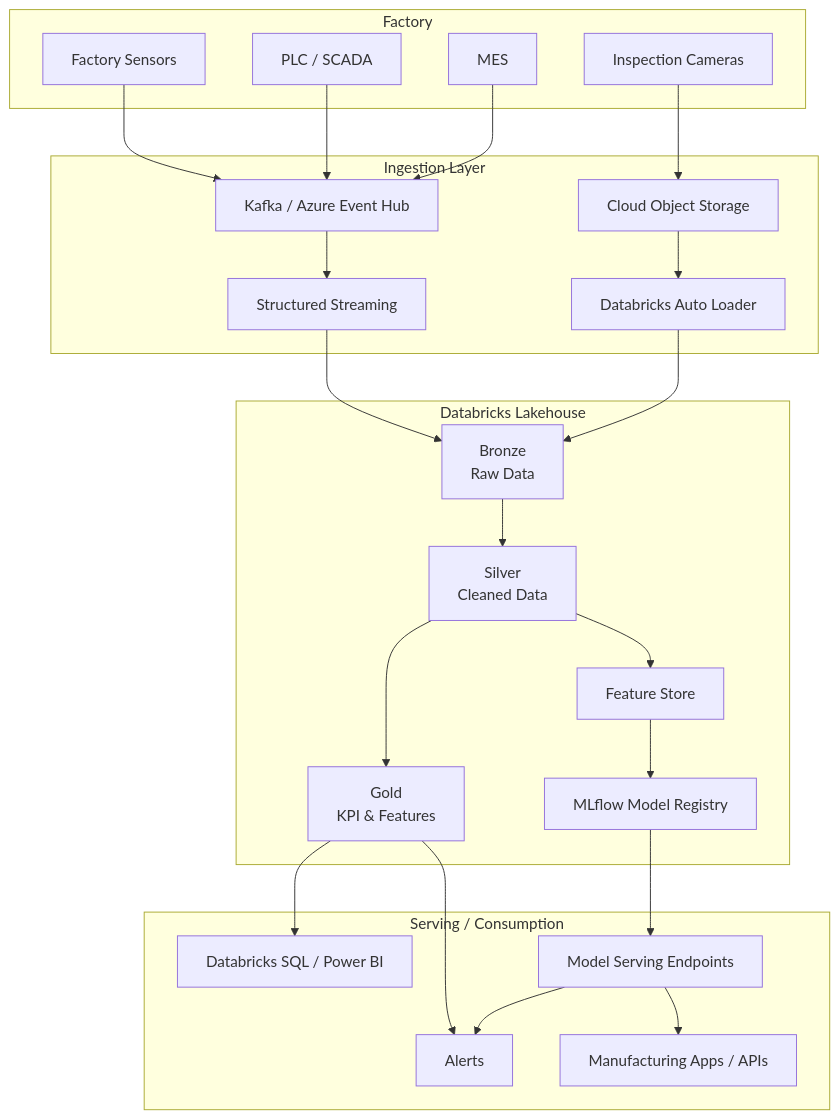
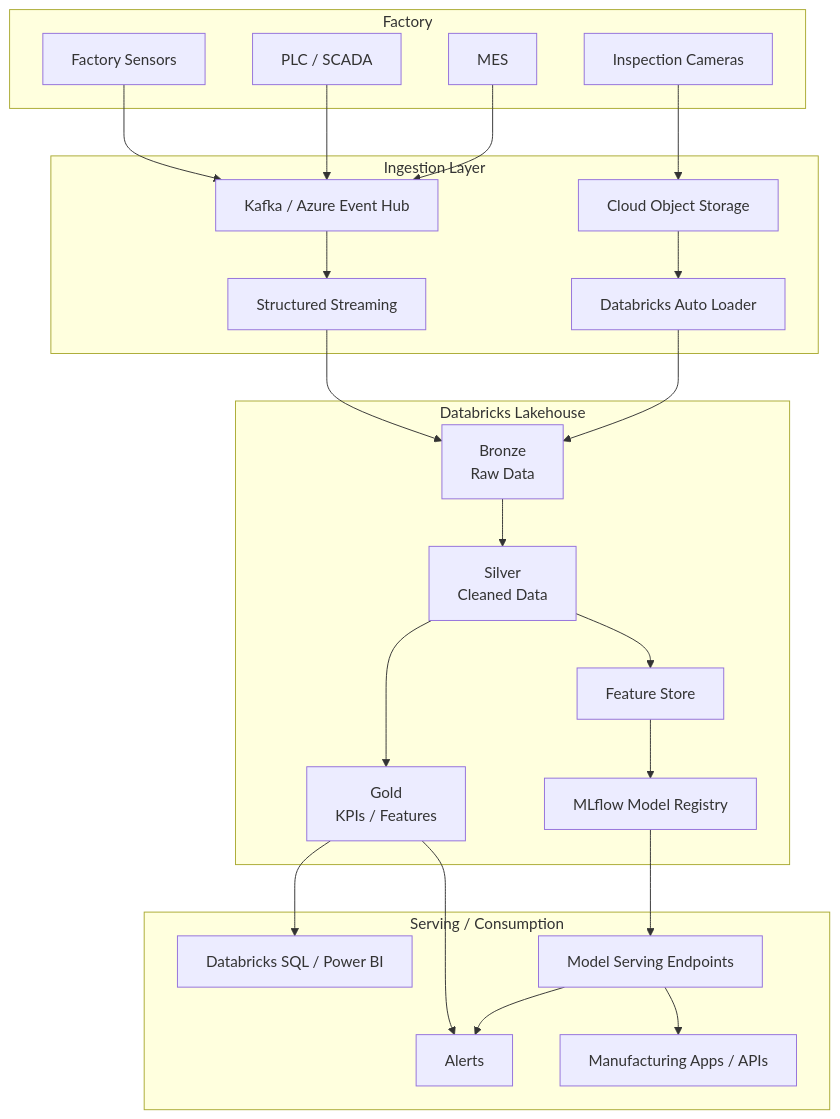
The diagram in README.md (SOLVERIGHT/smart-manufacturing), drawn with Mermaid before and after one commit.

````diff
--- a/README.md
+++ b/README.md
@@ -3,59 +3,59 @@
 ```mermaid
 flowchart TB
 
     %% External factory systems
     subgraph Factory["Factory"]
         Sensors["Factory Sensors"]
         PLC["PLC / SCADA"]
         MES["MES"]
         Cameras["Inspection Cameras"]
     end
 
     %% Ingestion layer
     subgraph Ingestion["Ingestion Layer"]
         Kafka["Kafka / Azure Event Hub"]
         ObjectStorage["Cloud Object Storage"]
         AutoLoader["Databricks Auto Loader"]
         Streaming["Structured Streaming"]
     end
 
     %% Lakehouse layer
     subgraph Lakehouse["Databricks Lakehouse"]
         Bronze["Bronze<br/>Raw Data"]
         Silver["Silver<br/>Cleaned Data"]
-        Gold["Gold<br/>KPI & Features"]
+        Gold["Gold<br/>KPIs / Features"]
         FeatureStore["Feature Store"]
         MLflow["MLflow Model Registry"]
     end
 
     %% Serving layer
     subgraph Serving["Serving / Consumption"]
         Dashboards["Databricks SQL / Power BI"]
         Alerts["Alerts"]
         ModelServing["Model Serving Endpoints"]
         Apps["Manufacturing Apps / APIs"]
     end
 
     Sensors --> Kafka
     PLC --> Kafka
     MES --> Kafka
     Cameras --> ObjectStorage
 
     Kafka --> Streaming
     ObjectStorage --> AutoLoader
 
     Streaming --> Bronze
     AutoLoader --> Bronze
 
     Bronze --> Silver
     Silver --> Gold
     Silver --> FeatureStore
 
     FeatureStore --> MLflow
     MLflow --> ModelServing
 
     Gold --> Dashboards
     Gold --> Alerts
     ModelServing --> Apps
     ModelServing --> Alerts
 ```
````
